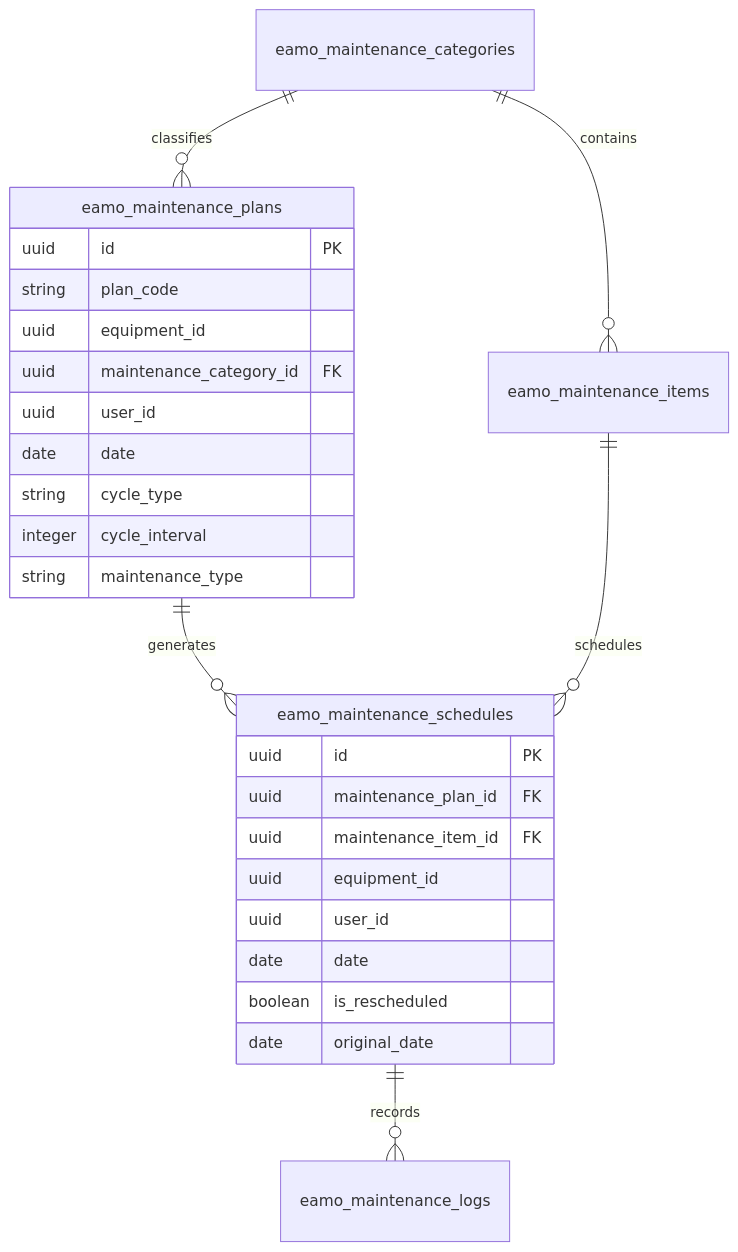
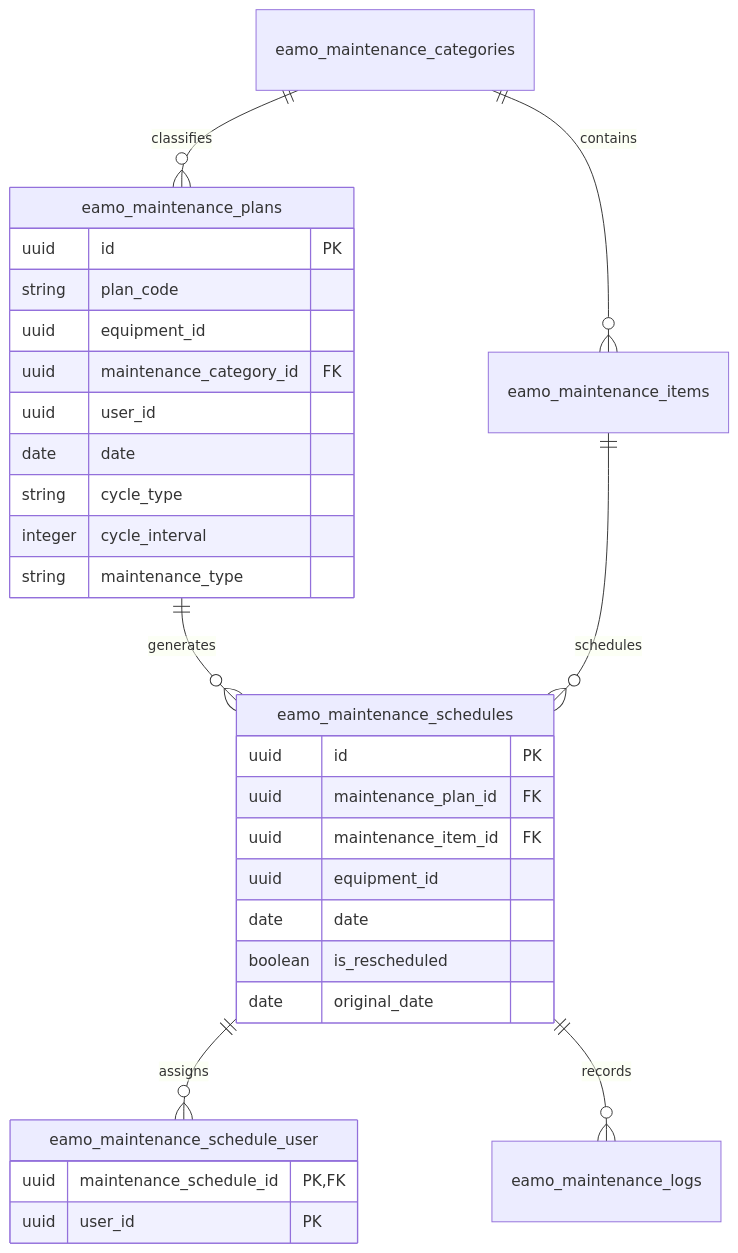
Before and after one commit to LavioDev/eam-mes-package: the fifth of 7 diagrams in docs/modules_and_db.md, drawn with Mermaid. The commit also changed other lines of this file and 16 other files, not shown here.

````diff
--- a/docs/modules_and_db.md
+++ b/docs/modules_and_db.md
@@ -163,30 +164,34 @@
 ```mermaid
 erDiagram
     eamo_maintenance_categories ||--o{ eamo_maintenance_items : contains
     eamo_maintenance_categories ||--o{ eamo_maintenance_plans : classifies
     eamo_maintenance_plans ||--o{ eamo_maintenance_schedules : generates
     eamo_maintenance_items ||--o{ eamo_maintenance_schedules : schedules
+    eamo_maintenance_schedules ||--o{ eamo_maintenance_schedule_user : assigns
     eamo_maintenance_schedules ||--o{ eamo_maintenance_logs : records
 
     eamo_maintenance_plans {
         uuid id PK
         string plan_code
         uuid equipment_id
         uuid maintenance_category_id FK
         uuid user_id
         date date
         string cycle_type
         integer cycle_interval
         string maintenance_type
     }
     eamo_maintenance_schedules {
         uuid id PK
         uuid maintenance_plan_id FK
         uuid maintenance_item_id FK
         uuid equipment_id
-        uuid user_id
         date date
         boolean is_rescheduled
         date original_date
     }
+    eamo_maintenance_schedule_user {
+        uuid maintenance_schedule_id PK, FK
+        uuid user_id PK
+    }
 ```
````
